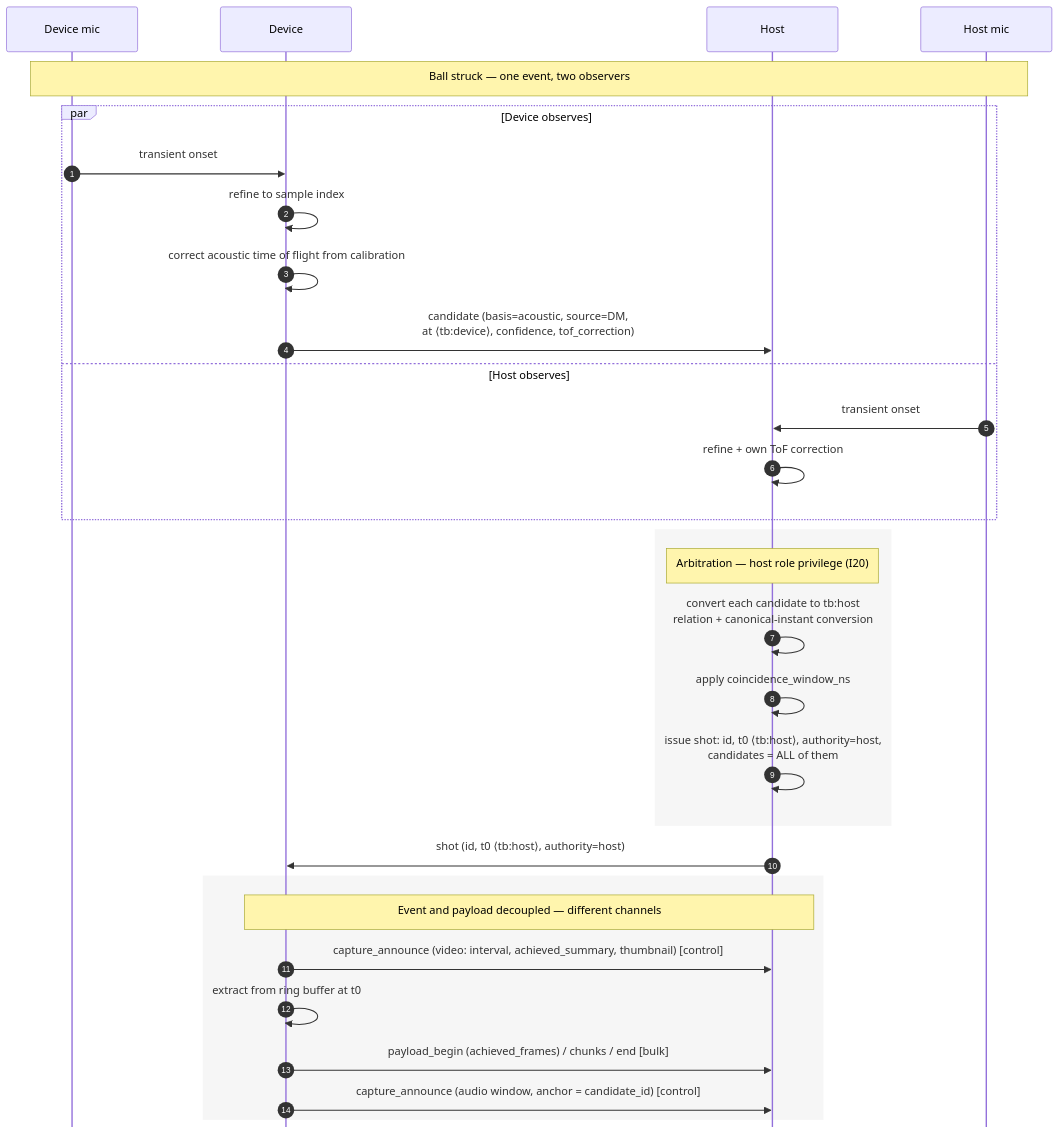
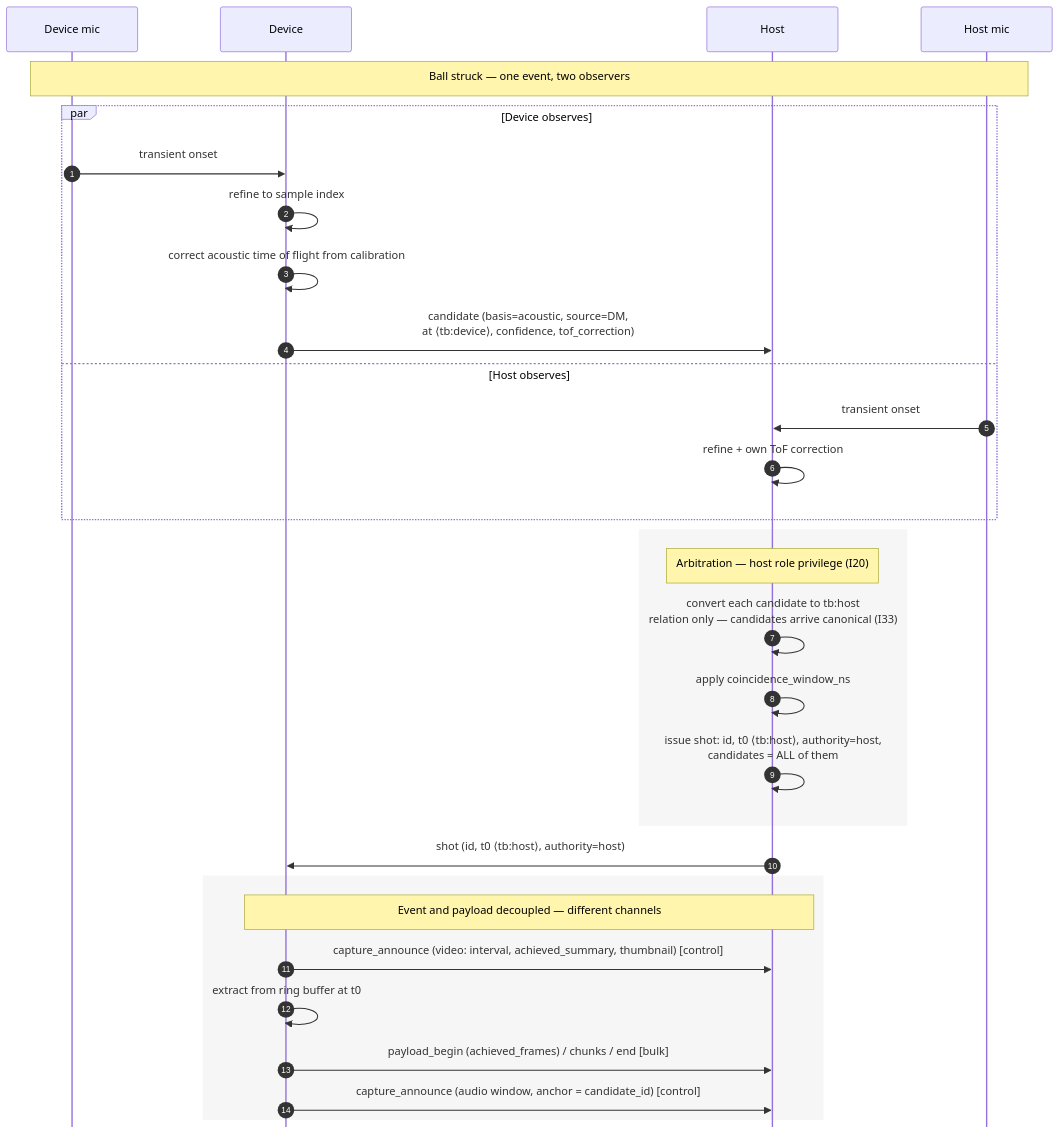
One commit to PinPoint-Golf/libppcp changed the third of 9 diagrams in docs/specification/ppcp-messages.md. Above: the diagram before and after it, drawn with Mermaid. The commit also changed other lines of this file and 7 other files, not shown here.

````diff
--- a/docs/specification/ppcp-messages.md
+++ b/docs/specification/ppcp-messages.md
@@ -738,38 +746,38 @@
 ```mermaid
 %%{init: {'theme':'default','themeVariables':{'fontSize':'17px','actorFontSize':'17px','messageFontSize':'16px','noteFontSize':'15px'},'sequence':{'useMaxWidth':false,'actorMargin':120,'width':190,'boxMargin':14,'noteMargin':14,'messageMargin':45,'mirrorActors':false,'wrap':false}}}%%
 sequenceDiagram
     autonumber
     participant DM as Device mic
     participant D as Device
     participant H as Host
     participant HM as Host mic
 
     Note over DM,HM: Ball struck — one event, two observers
 
     par Device observes
         DM->>D: transient onset
         D->>D: refine to sample index
         D->>D: correct acoustic time of flight from calibration
         D->>H: candidate (basis=acoustic, source=DM,<br/>at ⟨tb:device⟩, confidence, tof_correction)
     and Host observes
         HM->>H: transient onset
         H->>H: refine + own ToF correction
     end
 
     rect rgba(128,128,128,0.07)
     Note over H: Arbitration — host role privilege (I20)
-    H->>H: convert each candidate to tb:host<br/>relation + canonical-instant conversion
+    H->>H: convert each candidate to tb:host<br/>relation only — candidates arrive canonical (I33)
     H->>H: apply coincidence_window_ns
     H->>H: issue shot: id, t0 ⟨tb:host⟩, authority=host,<br/>candidates = ALL of them
     end
 
     H->>D: shot (id, t0 ⟨tb:host⟩, authority=host)
 
     rect rgba(128,128,128,0.07)
     Note over D,H: Event and payload decoupled — different channels
     D->>H: capture_announce (video: interval, achieved_summary, thumbnail)  [control]
     D->>D: extract from ring buffer at t0
     D->>H: payload_begin (achieved_frames) / chunks / end  [bulk]
     D->>H: capture_announce (audio window, anchor = candidate_id)  [control]
     end
 ```
````
